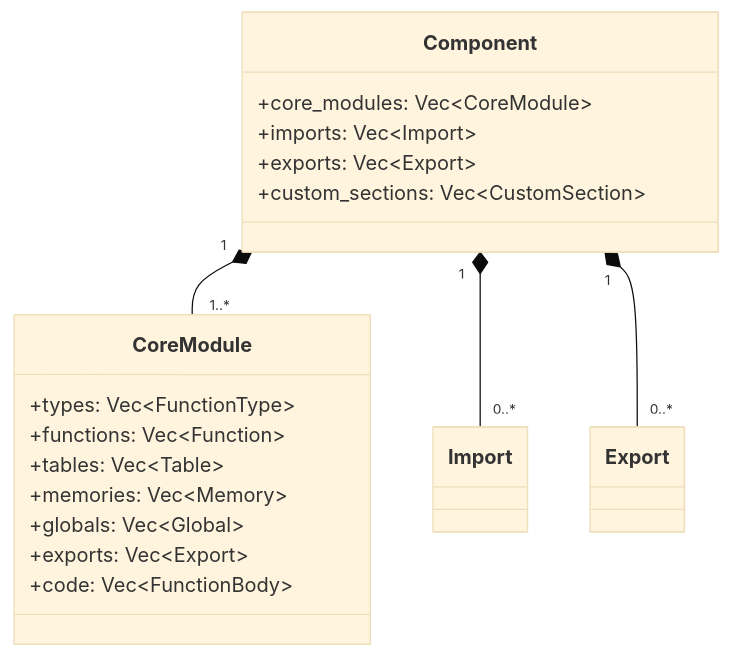
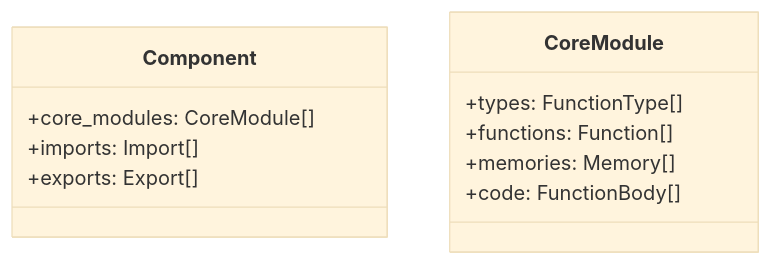
The eighth of 16 diagrams in meld-core/ARCHITECTURE.md (pulseengine/meld), drawn with Mermaid (base theme) before and after one commit. The commit also changed other lines of this file, not shown here.

First line of the commit message:
docs(arch): simplify architecture documentation

````diff
--- a/meld-core/ARCHITECTURE.md
+++ b/meld-core/ARCHITECTURE.md
@@ -113,23 +103,15 @@
 ```mermaid
 classDiagram
     class Component {
-        +core_modules: Vec~CoreModule~
-        +imports: Vec~Import~
-        +exports: Vec~Export~
-        +custom_sections: Vec~CustomSection~
+        +core_modules: CoreModule[]
+        +imports: Import[]
+        +exports: Export[]
     }
 
     class CoreModule {
-        +types: Vec~FunctionType~
-        +functions: Vec~Function~
-        +tables: Vec~Table~
-        +memories: Vec~Memory~
-        +globals: Vec~Global~
-        +exports: Vec~Export~
-        +code: Vec~FunctionBody~
+        +types: FunctionType[]
+        +functions: Function[]
+        +memories: Memory[]
+        +code: FunctionBody[]
     }
-
-    Component "1" *-- "1..*" CoreModule
-    Component "1" *-- "0..*" Import
-    Component "1" *-- "0..*" Export
 ```
````
